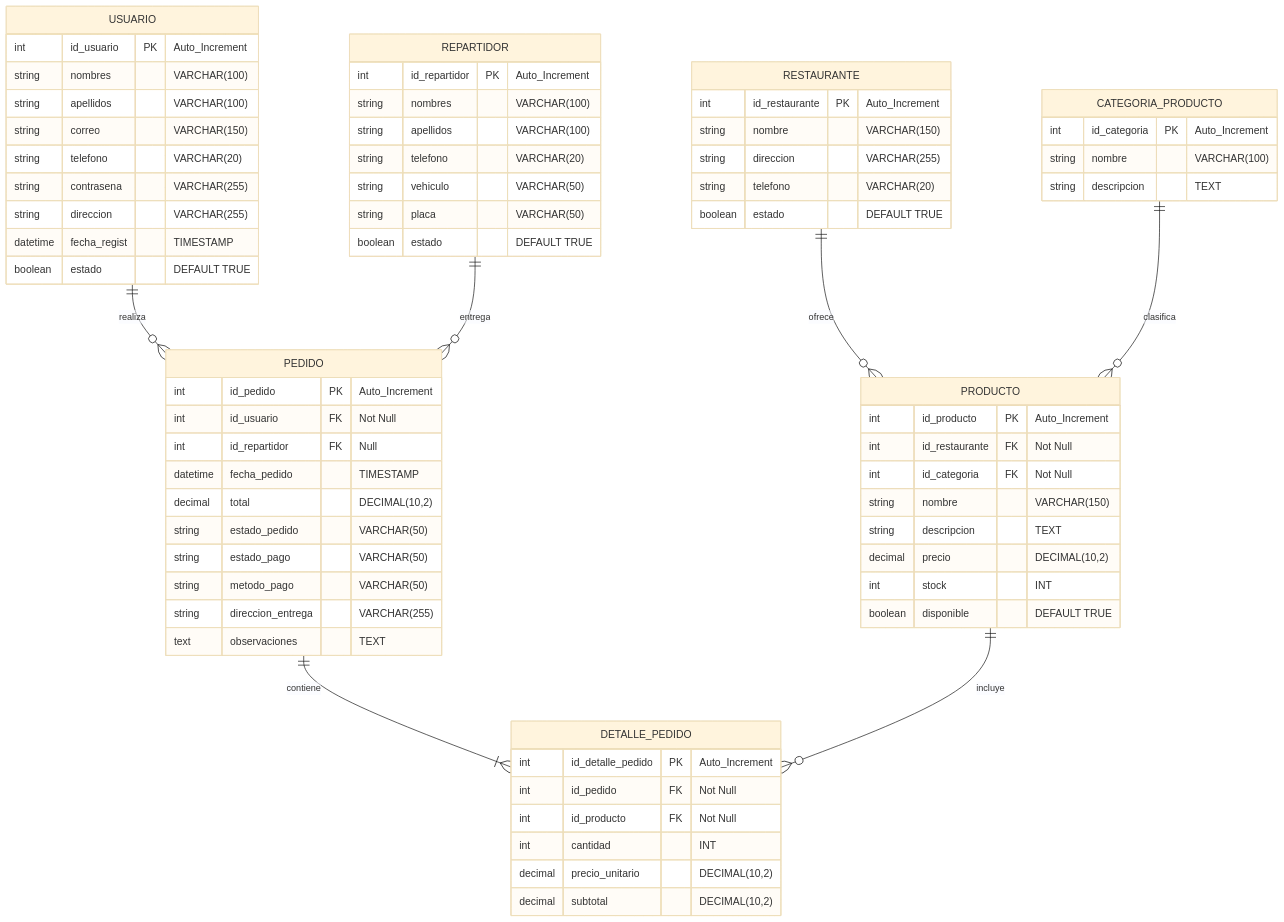
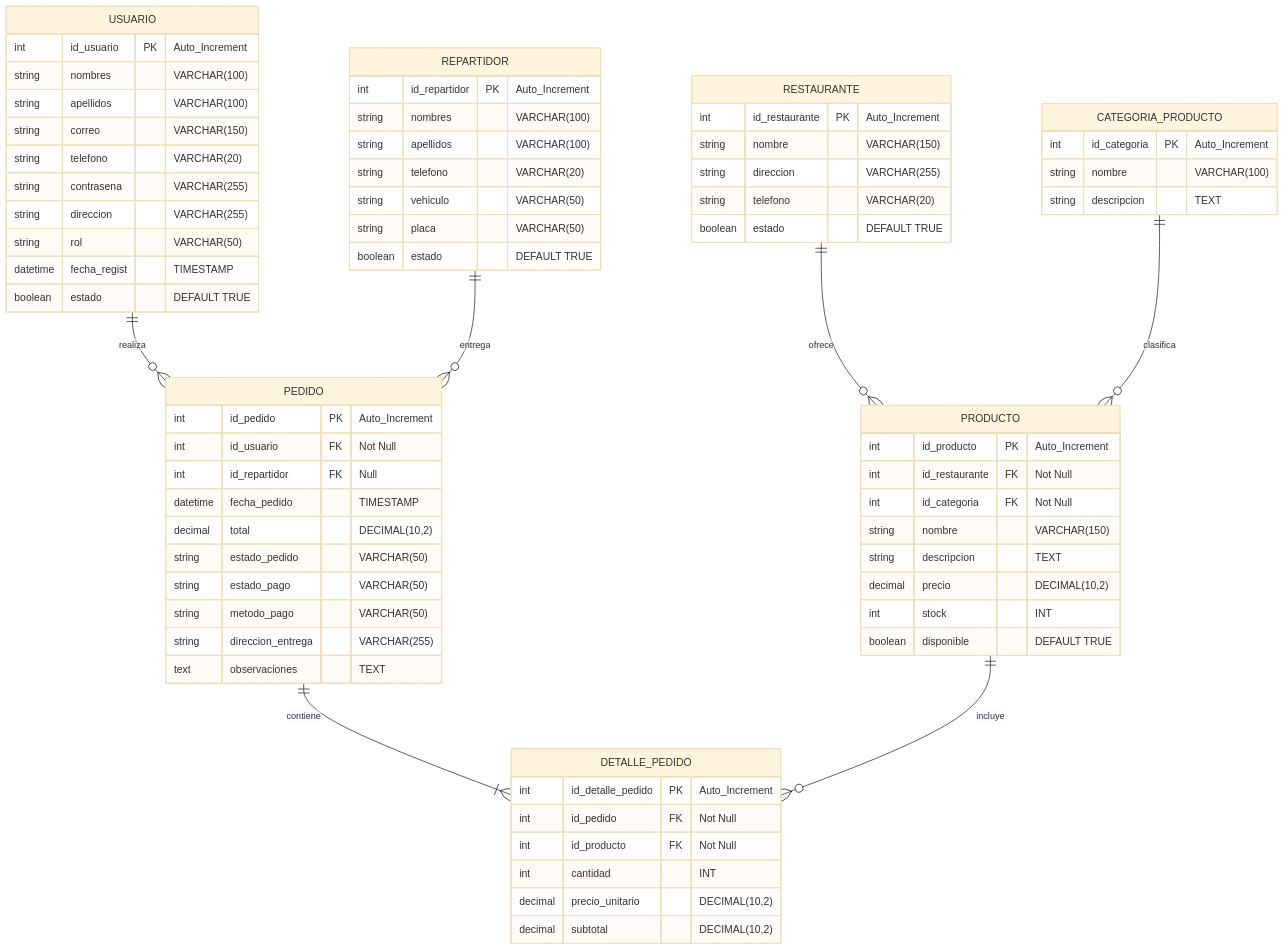
Before and after one commit to DavilaLP/chasquipedidos: the third of 3 diagrams in avance2final/rubrica/informe aplicacion web Deliver segundo avance oficial.md, drawn with Mermaid (base theme). The commit also changed other lines of this file and 13 other files, not shown here.

````diff
--- a/avance2final/rubrica/informe aplicacion web Deliver segundo avance oficial.md
+++ b/avance2final/rubrica/informe aplicacion web Deliver segundo avance oficial.md
@@ -222,72 +222,73 @@
 ```mermaid
 erDiagram
     USUARIO {
         int id_usuario PK "Auto_Increment"
         string nombres "VARCHAR(100)"
         string apellidos "VARCHAR(100)"
         string correo "VARCHAR(150)"
         string telefono "VARCHAR(20)"
         string contrasena "VARCHAR(255)"
         string direccion "VARCHAR(255)"
+        string rol "VARCHAR(50)"
         datetime fecha_regist "TIMESTAMP"
         boolean estado "DEFAULT TRUE"
     }
     RESTAURANTE {
         int id_restaurante PK "Auto_Increment"
         string nombre "VARCHAR(150)"
         string direccion "VARCHAR(255)"
         string telefono "VARCHAR(20)"
         boolean estado "DEFAULT TRUE"
     }
     CATEGORIA_PRODUCTO {
         int id_categoria PK "Auto_Increment"
         string nombre "VARCHAR(100)"
         string descripcion "TEXT"
     }
     PRODUCTO {
         int id_producto PK "Auto_Increment"
         int id_restaurante FK "Not Null"
         int id_categoria FK "Not Null"
         string nombre "VARCHAR(150)"
         string descripcion "TEXT"
         decimal precio "DECIMAL(10,2)"
         int stock "INT"
         boolean disponible "DEFAULT TRUE"
     }
     REPARTIDOR {
         int id_repartidor PK "Auto_Increment"
         string nombres "VARCHAR(100)"
         string apellidos "VARCHAR(100)"
         string telefono "VARCHAR(20)"
         string vehiculo "VARCHAR(50)"
         string placa "VARCHAR(50)"
         boolean estado "DEFAULT TRUE"
     }
     PEDIDO {
         int id_pedido PK "Auto_Increment"
         int id_usuario FK "Not Null"
         int id_repartidor FK "Null"
         datetime fecha_pedido "TIMESTAMP"
         decimal total "DECIMAL(10,2)"
         string estado_pedido "VARCHAR(50)"
         string estado_pago "VARCHAR(50)"
         string metodo_pago "VARCHAR(50)"
         string direccion_entrega "VARCHAR(255)"
         text observaciones "TEXT"
     }
     DETALLE_PEDIDO {
         int id_detalle_pedido PK "Auto_Increment"
         int id_pedido FK "Not Null"
         int id_producto FK "Not Null"
         int cantidad "INT"
         decimal precio_unitario "DECIMAL(10,2)"
         decimal subtotal "DECIMAL(10,2)"
     }
 
     USUARIO ||--o{ PEDIDO : "realiza"
     REPARTIDOR ||--o{ PEDIDO : "entrega"
     RESTAURANTE ||--o{ PRODUCTO : "ofrece"
     CATEGORIA_PRODUCTO ||--o{ PRODUCTO : "clasifica"
     PEDIDO ||--|{ DETALLE_PEDIDO : "contiene"
     PRODUCTO ||--o{ DETALLE_PEDIDO : "incluye"
 ```
````
